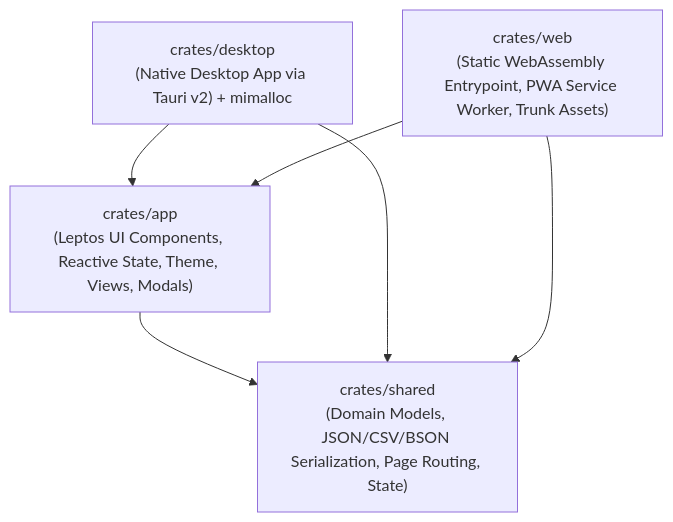
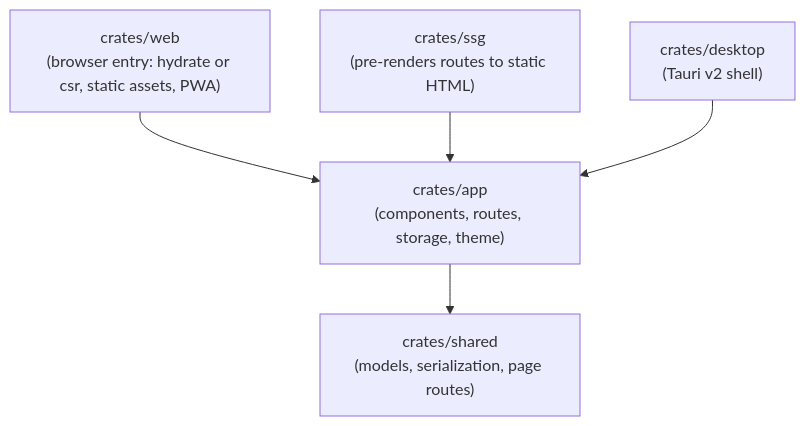
Before and after one commit to Flaming-Chicken/efficient-leptos-template: the diagram in README.md, drawn with Mermaid. The commit also changed other lines of this file and 3 other files, not shown here.

First line of the commit message:
docs: rewrite README for SSR+hydration web and CSR desktop; bump to 0.2.0

````diff
--- a/README.md
+++ b/README.md
@@ -33,13 +29,13 @@
 ```mermaid
 graph TD
-    Shared["crates/shared<br/>(Domain Models, JSON/CSV/BSON Serialization, Page Routing, State)"]
-    App["crates/app<br/>(Leptos UI Components, Reactive State, Theme, Views, Modals)"]
-    Desktop["crates/desktop<br/>(Native Desktop App via Tauri v2) + mimalloc"]
-    Web["crates/web<br/>(Static WebAssembly Entrypoint, PWA Service Worker, Trunk Assets)"]
+    Shared["crates/shared<br/>(models, serialization, page routes)"]
+    App["crates/app<br/>(components, routes, storage, theme)"]
+    Web["crates/web<br/>(browser entry: hydrate or csr, static assets, PWA)"]
+    Ssg["crates/ssg<br/>(pre-renders routes to static HTML)"]
+    Desktop["crates/desktop<br/>(Tauri v2 shell)"]
 
     App --> Shared
+    Web --> App
+    Ssg --> App
     Desktop --> App
-    Desktop --> Shared
-    Web --> App
-    Web --> Shared
 ```
````
